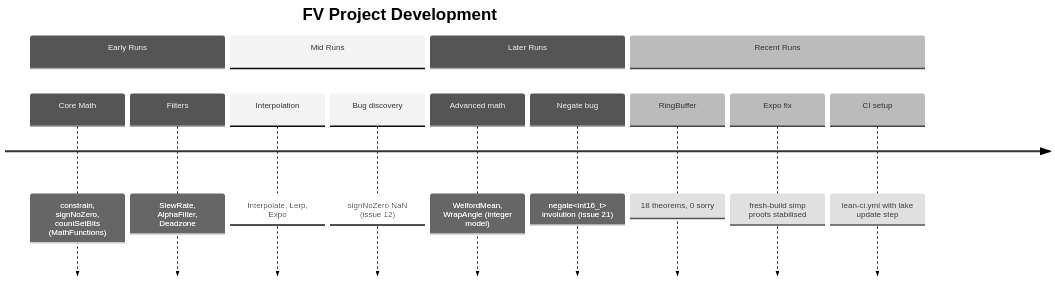
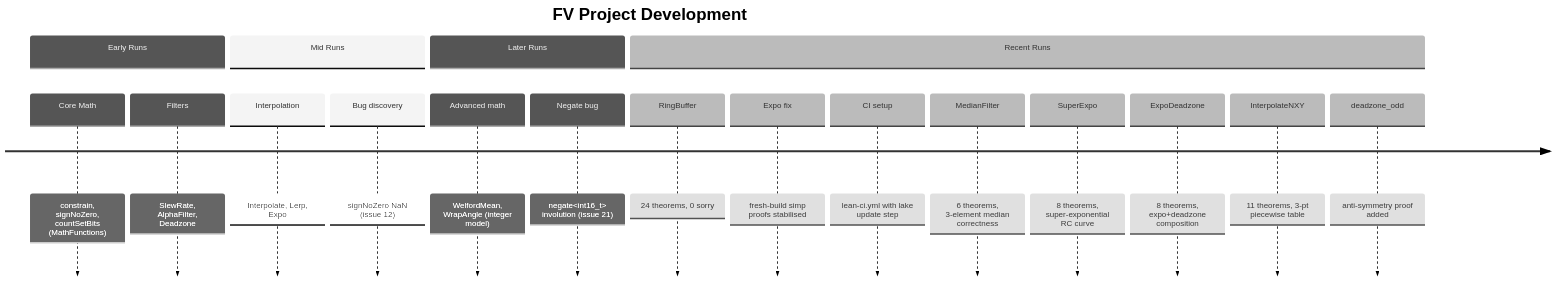
Before and after one commit to dsyme/PX4-Autopilot: diagram 11 of 11 in formal-verification/REPORT.md, drawn with Mermaid (neutral theme). The commit also changed other lines of this file and 3 other files, not shown here.

First line of the commit message:
feat(fv): add ExpoDeadzone Lean spec + update REPORT.md (run34)

````diff
--- a/formal-verification/REPORT.md
+++ b/formal-verification/REPORT.md
@@ -295,17 +314,22 @@
 ```mermaid
 timeline
     title FV Project Development
     section Early Runs
         Core Math : constrain, signNoZero, countSetBits (MathFunctions)
         Filters   : SlewRate, AlphaFilter, Deadzone
     section Mid Runs
         Interpolation : Interpolate, Lerp, Expo
         Bug discovery : signNoZero NaN (issue 12)
     section Later Runs
         Advanced math  : WelfordMean, WrapAngle (integer model)
         Negate bug     : negate<int16_t> involution (issue 21)
     section Recent Runs
-        RingBuffer : 18 theorems, 0 sorry
+        RingBuffer : 24 theorems, 0 sorry
         Expo fix   : fresh-build simp proofs stabilised
         CI setup   : lean-ci.yml with lake update step
+        MedianFilter : 6 theorems, 3-element median correctness
+        SuperExpo  : 8 theorems, super-exponential RC curve
+        ExpoDeadzone : 8 theorems, expo+deadzone composition
+        InterpolateNXY : 11 theorems, 3-pt piecewise table
+        deadzone_odd   : anti-symmetry proof added
 ```
````
